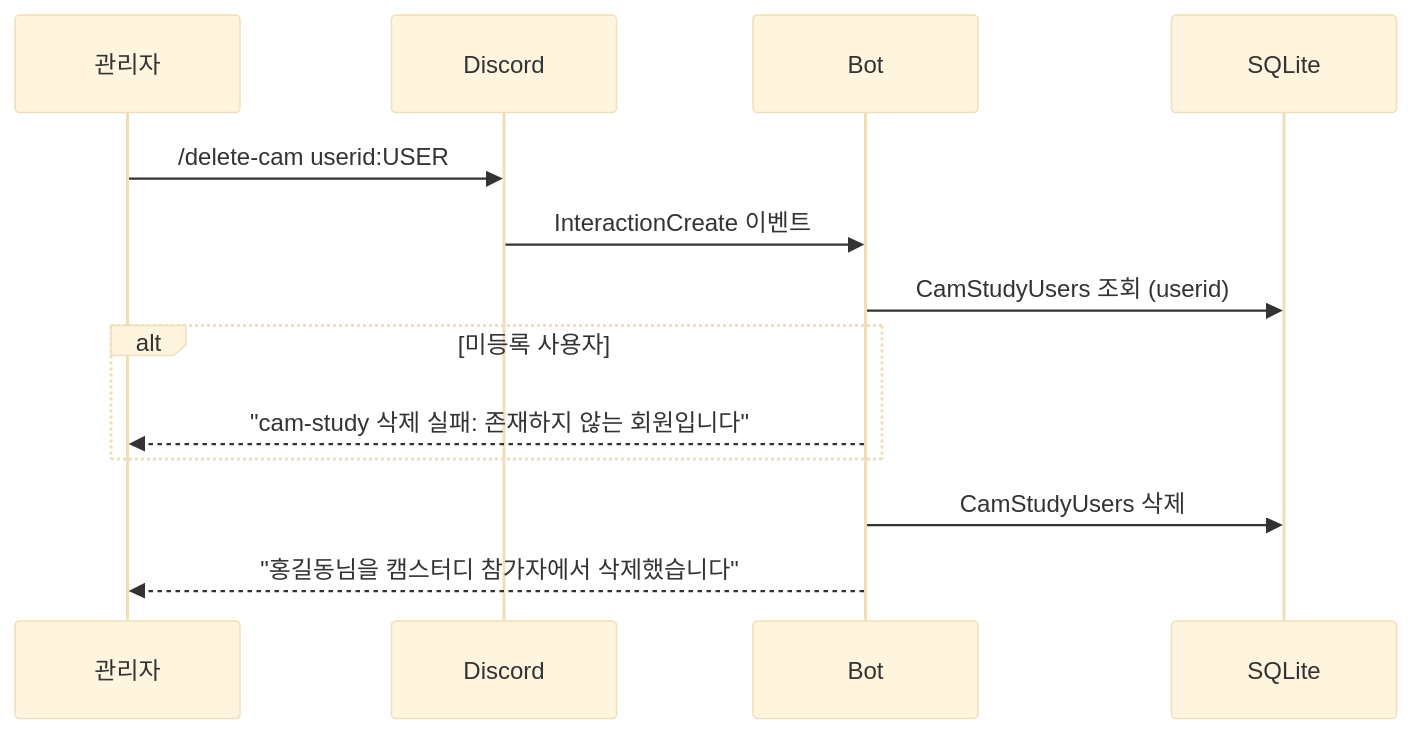
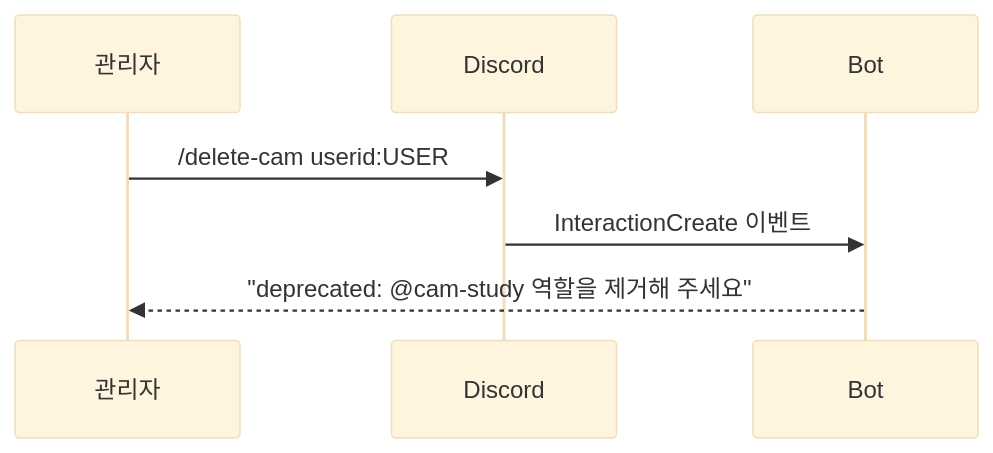
Before and after one commit to honki12345/haruharu-discord-bot: diagram 14 of 16 in docs/USER_STORIES.md, drawn with Mermaid (base theme). The commit also changed other lines of this file and 22 other files, not shown here.

````diff
--- a/docs/USER_STORIES.md
+++ b/docs/USER_STORIES.md
@@ -625,19 +609,10 @@
 ```mermaid
 sequenceDiagram
     participant A as 관리자
     participant D as Discord
     participant B as Bot
-    participant DB as SQLite
 
     A->>D: /delete-cam userid:USER
-
     D->>B: InteractionCreate 이벤트
-
-    B->>DB: CamStudyUsers 조회 (userid)
-    alt 미등록 사용자
-        B-->>A: "cam-study 삭제 실패: 존재하지 않는 회원입니다"
-    end
-
-    B->>DB: CamStudyUsers 삭제
-    B-->>A: "홍길동님을 캠스터디 참가자에서 삭제했습니다"
+    B-->>A: "deprecated: @cam-study 역할을 제거해 주세요"
 ```
````
